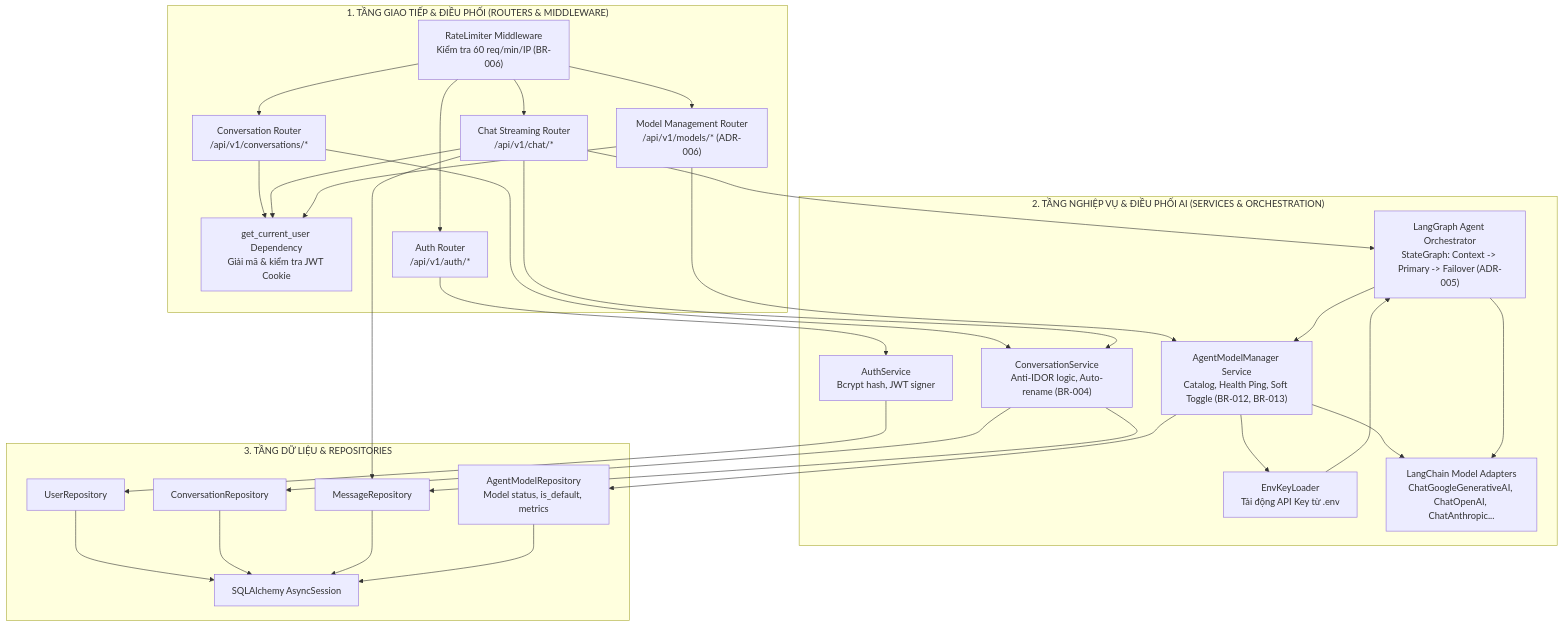
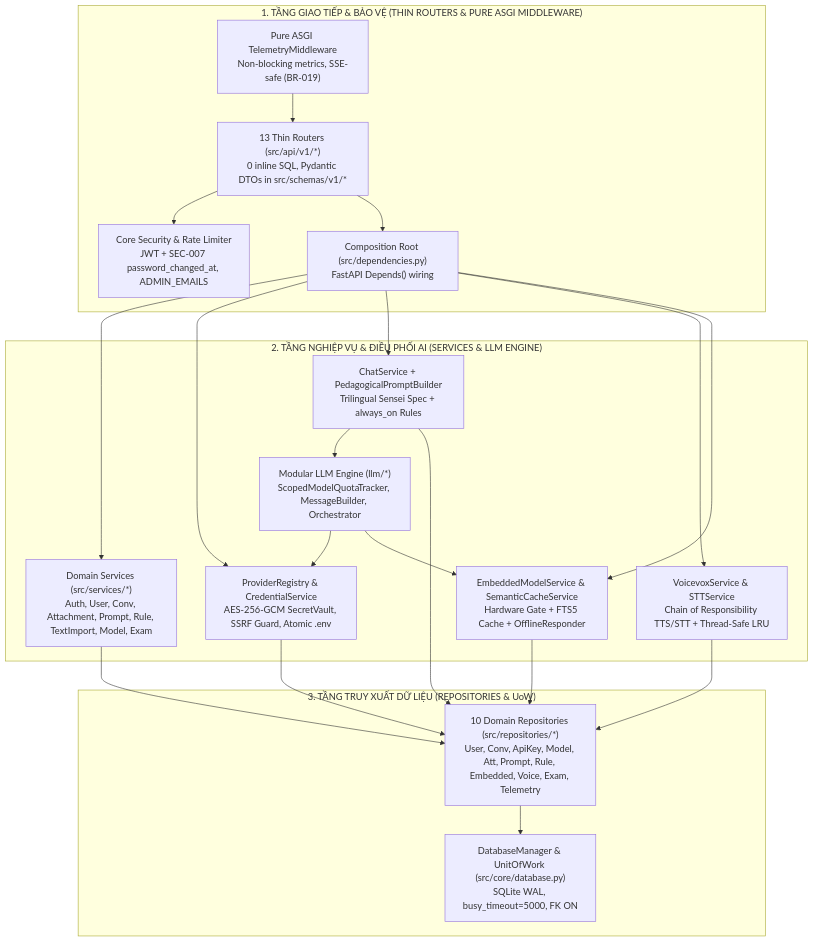
Before and after one commit to DungTran1201/ChatJPT: the second of 2 diagrams in docs/06-architecture/sad.md, drawn with Mermaid. The commit also changed other lines of this file and 95 other files, not shown here.

Commit message:
feat: initialize AI backend architecture and database schema

````diff
--- a/docs/06-architecture/sad.md
+++ b/docs/06-architecture/sad.md
@@ -70,61 +68,42 @@
 ```mermaid
 flowchart TD
-    subgraph API_Layer ["1. TẦNG GIAO TIẾP & ĐIỀU PHỐI (ROUTERS & MIDDLEWARE)"]
-        RateLimitMW["RateLimiter Middleware<br/>Kiểm tra 60 req/min/IP (BR-006)"]
-        AuthDep["get_current_user Dependency<br/>Giải mã & kiểm tra JWT Cookie"]
-        AuthRouter["Auth Router<br/>/api/v1/auth/*"]
-        ConvRouter["Conversation Router<br/>/api/v1/conversations/*"]
-        ChatRouter["Chat Streaming Router<br/>/api/v1/chat/*"]
-        ModelRouter["Model Management Router<br/>/api/v1/models/* (ADR-006)"]
+    subgraph API_Layer ["1. TẦNG GIAO TIẾP & BẢO VỆ (THIN ROUTERS & PURE ASGI MIDDLEWARE)"]
+        TelemetryMW["Pure ASGI TelemetryMiddleware<br/>Non-blocking metrics, SSE-safe (BR-019)"]
+        SecurityCore["Core Security & Rate Limiter<br/>JWT + SEC-007 password_changed_at, ADMIN_EMAILS"]
+        Routers["13 Thin Routers (src/api/v1/*)<br/>0 inline SQL, Pydantic DTOs in src/schemas/v1/*"]
+        DI["Composition Root (src/dependencies.py)<br/>FastAPI Depends() wiring"]
     end
 
-    subgraph Service_Layer ["2. TẦNG NGHIỆP VỤ & ĐIỀU PHỐI AI (SERVICES & ORCHESTRATION)"]
-        AuthService["AuthService<br/>Bcrypt hash, JWT signer"]
-        ConvService["ConversationService<br/>Anti-IDOR logic, Auto-rename (BR-004)"]
-        ModelService["AgentModelManager Service<br/>Catalog, Health Ping, Soft Toggle (BR-012, BR-013)"]
-        EnvLoader["EnvKeyLoader<br/>Tải động API Key từ .env"]
-        LangGraphAgent["LangGraph Agent Orchestrator<br/>StateGraph: Context -> Primary -> Failover (ADR-005)"]
-        LangChainAdapters["LangChain Model Adapters<br/>ChatGoogleGenerativeAI, ChatOpenAI, ChatAnthropic..."]
+    subgraph Service_Layer ["2. TẦNG NGHIỆP VỤ & ĐIỀU PHỐI AI (SERVICES & LLM ENGINE)"]
+        CoreServices["Domain Services (src/services/*)<br/>Auth, User, Conv, Attachment, Prompt, Rule, TextImport, Model, Exam"]
+        ProviderReg["ProviderRegistry & CredentialService<br/>AES-256-GCM SecretVault, SSRF Guard, Atomic .env"]
+        ChatFacade["ChatService + PedagogicalPromptBuilder<br/>Trilingual Sensei Spec + always_on Rules"]
+        VoiceSTT["VoicevoxService & STTService<br/>Chain of Responsibility TTS/STT + Thread-Safe LRU"]
+        LLMEngine["Modular LLM Engine (llm/*)<br/>ScopedModelQuotaTracker, MessageBuilder, Orchestrator"]
+        OfflineEngine["EmbeddedModelService & SemanticCacheService<br/>Hardware Gate + FTS5 Cache + OfflineResponder"]
     end
 
-    subgraph Data_Layer ["3. TẦNG DỮ LIỆU & REPOSITORIES"]
-        UserRepo["UserRepository"]
-        ConvRepo["ConversationRepository"]
-        MsgRepo["MessageRepository"]
-        ModelRepo["AgentModelRepository<br/>Model status, is_default, metrics"]
-        DBSession["SQLAlchemy AsyncSession"]
+    subgraph Data_Layer ["3. TẦNG TRUY XUẤT DỮ LIỆU (REPOSITORIES & UoW)"]
+        Repos["10 Domain Repositories (src/repositories/*)<br/>User, Conv, ApiKey, Model, Att, Prompt, Rule, Embedded, Voice, Exam, Telemetry"]
+        DBMgr["DatabaseManager & UnitOfWork (src/core/database.py)<br/>SQLite WAL, busy_timeout=5000, FK ON"]
     end
 
-    RateLimitMW --> AuthRouter
-    RateLimitMW --> ConvRouter
-    RateLimitMW --> ChatRouter
-    RateLimitMW --> ModelRouter
+    TelemetryMW --> Routers
+    Routers --> SecurityCore
+    Routers --> DI
+    DI --> CoreServices
+    DI --> ProviderReg
+    DI --> ChatFacade
+    DI --> VoiceSTT
+    DI --> OfflineEngine
 
-    ConvRouter --> AuthDep
-    ChatRouter --> AuthDep
-    ModelRouter --> AuthDep
-
-    AuthRouter --> AuthService
-    ConvRouter --> ConvService
-    ChatRouter --> ConvService
-    ChatRouter --> LangGraphAgent
-    ModelRouter --> ModelService
-
-    ModelService --> EnvLoader
-    ModelService --> LangChainAdapters
-    ModelService --> ModelRepo
-    LangGraphAgent --> ModelService
-
-    EnvLoader --> LangGraphAgent
-    LangGraphAgent --> LangChainAdapters
-
-    AuthService --> UserRepo
-    ConvService --> ConvRepo
-    ConvService --> MsgRepo
-    ChatRouter --> MsgRepo
-
-    UserRepo --> DBSession
-    ConvRepo --> DBSession
-    MsgRepo --> DBSession
-    ModelRepo --> DBSession
+    ChatFacade --> LLMEngine
+    LLMEngine --> ProviderReg
+    LLMEngine --> OfflineEngine
+    CoreServices --> Repos
+    ProviderReg --> Repos
+    ChatFacade --> Repos
+    VoiceSTT --> Repos
+    OfflineEngine --> Repos
+    Repos --> DBMgr
 ```
````
